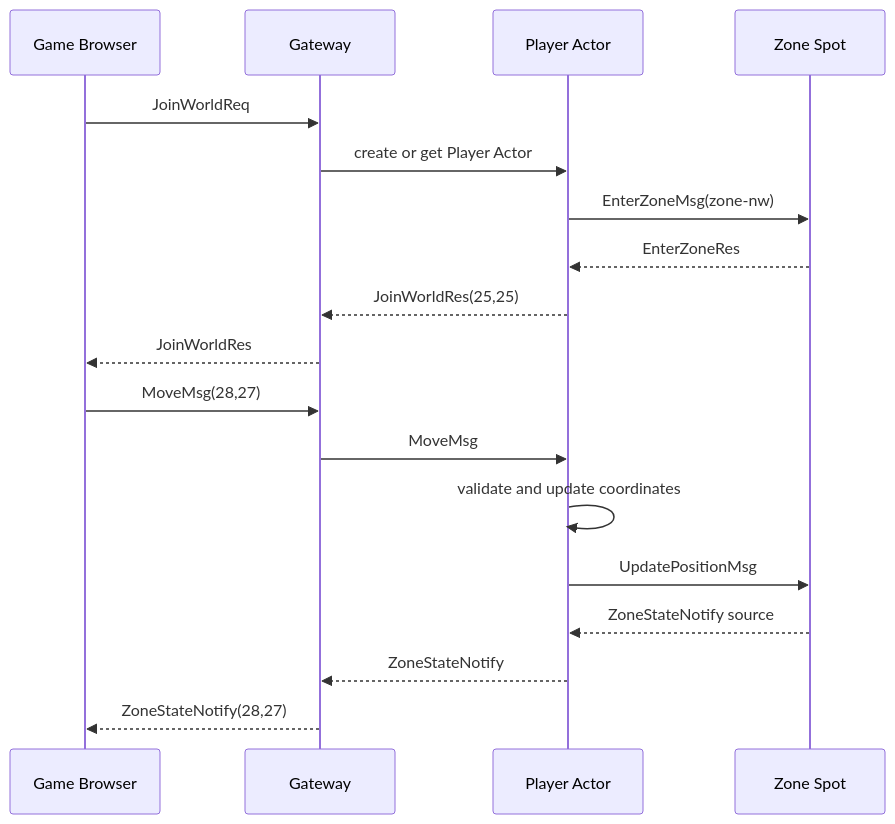
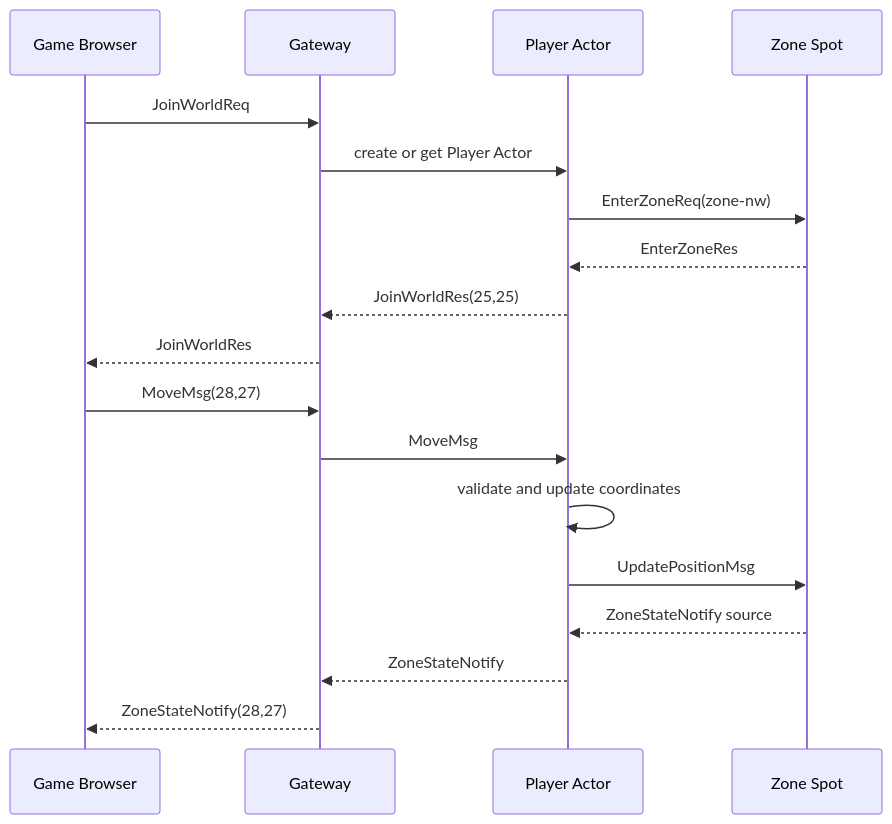
Before and after one commit to zlink-systems/zlink: the second of 4 diagrams in framework/doc/framework/common/sample/zoneworld/README.en.md, drawn with Mermaid. The commit also changed other lines of this file and 1642 other files, not shown here.

````diff
--- a/framework/doc/framework/common/sample/zoneworld/README.en.md
+++ b/framework/doc/framework/common/sample/zoneworld/README.en.md
@@ -400,21 +400,21 @@
 ```mermaid
 sequenceDiagram
     participant C as Game Browser
     participant G as Gateway
     participant A as Player Actor
     participant Z as Zone Spot
 
     C->>G: JoinWorldReq
     G->>A: create or get Player Actor
-    A->>Z: EnterZoneMsg(zone-nw)
+    A->>Z: EnterZoneReq(zone-nw)
     Z-->>A: EnterZoneRes
     A-->>G: JoinWorldRes(25,25)
     G-->>C: JoinWorldRes
     C->>G: MoveMsg(28,27)
     G->>A: MoveMsg
     A->>A: validate and update coordinates
     A->>Z: UpdatePositionMsg
     Z-->>A: ZoneStateNotify source
     A-->>G: ZoneStateNotify
     G-->>C: ZoneStateNotify(28,27)
 ```
````
